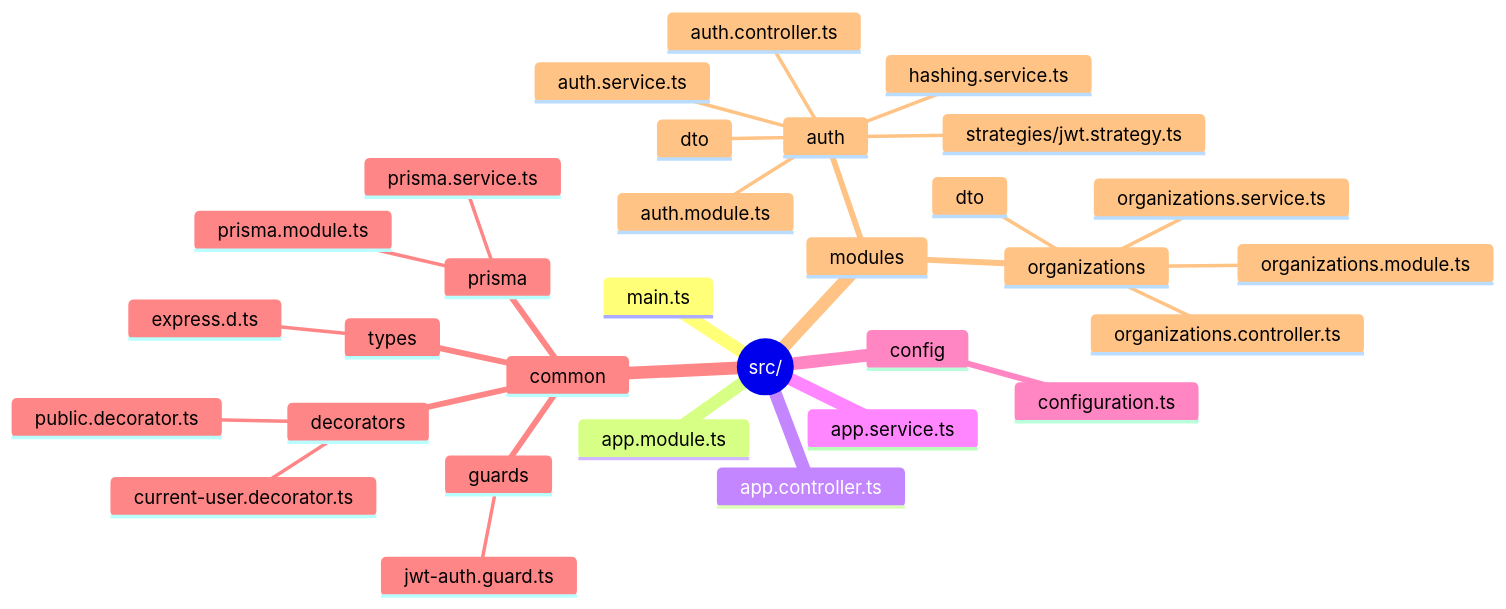
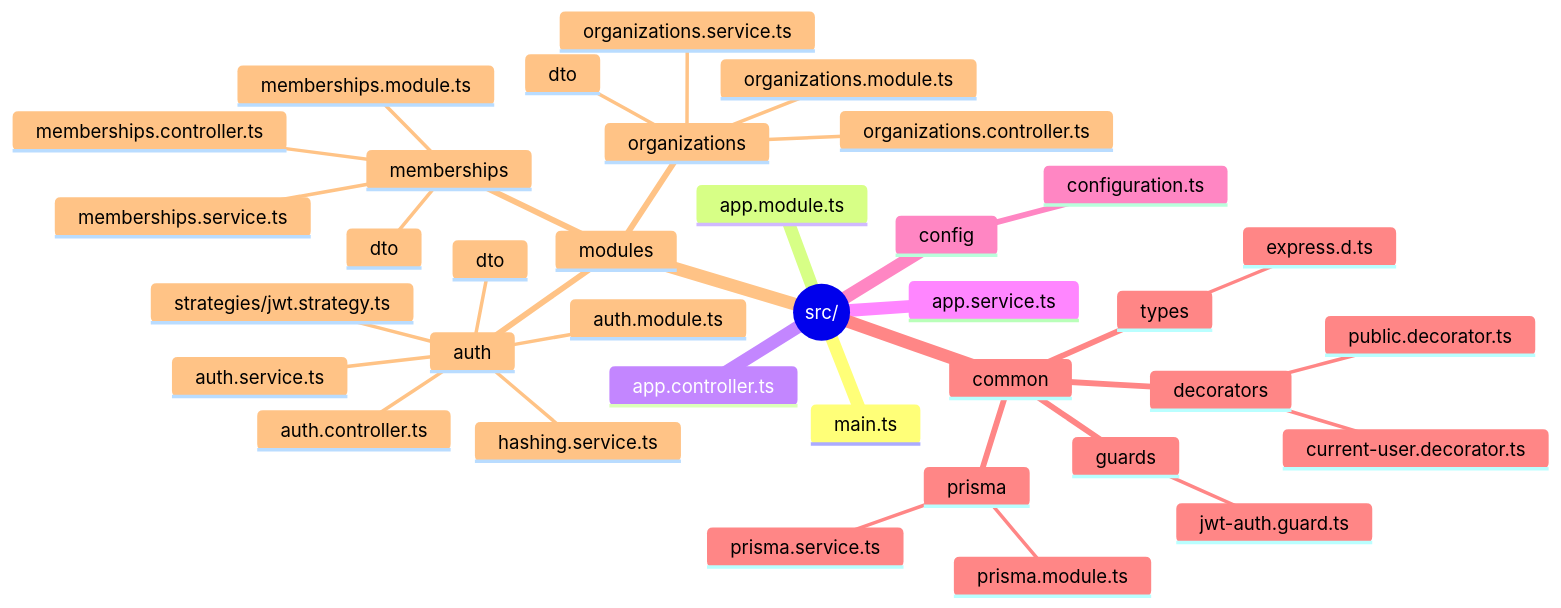
One commit to amitverma147/enterprise-team-access-control-api changed the diagram in docs/PROJECT_STRUCTURE.md. Above: the diagram before and after it, drawn with Mermaid. The commit also changed other lines of this file and 9 other files, not shown here.

````diff
--- a/docs/PROJECT_STRUCTURE.md
+++ b/docs/PROJECT_STRUCTURE.md
@@ -8,34 +8,39 @@
 ```mermaid
 mindmap
   root((src/))
     main.ts
     app.module.ts
     app.controller.ts
     app.service.ts
     config
       configuration.ts
     common
       prisma
         prisma.module.ts
         prisma.service.ts
       guards
         jwt-auth.guard.ts
       decorators
         public.decorator.ts
         current-user.decorator.ts
       types
         express.d.ts
     modules
       auth
         auth.module.ts
         auth.controller.ts
         auth.service.ts
         hashing.service.ts
         strategies/jwt.strategy.ts
         dto
       organizations
         organizations.module.ts
         organizations.controller.ts
         organizations.service.ts
         dto
+      memberships
+        memberships.module.ts
+        memberships.controller.ts
+        memberships.service.ts
+        dto
 ```
````
